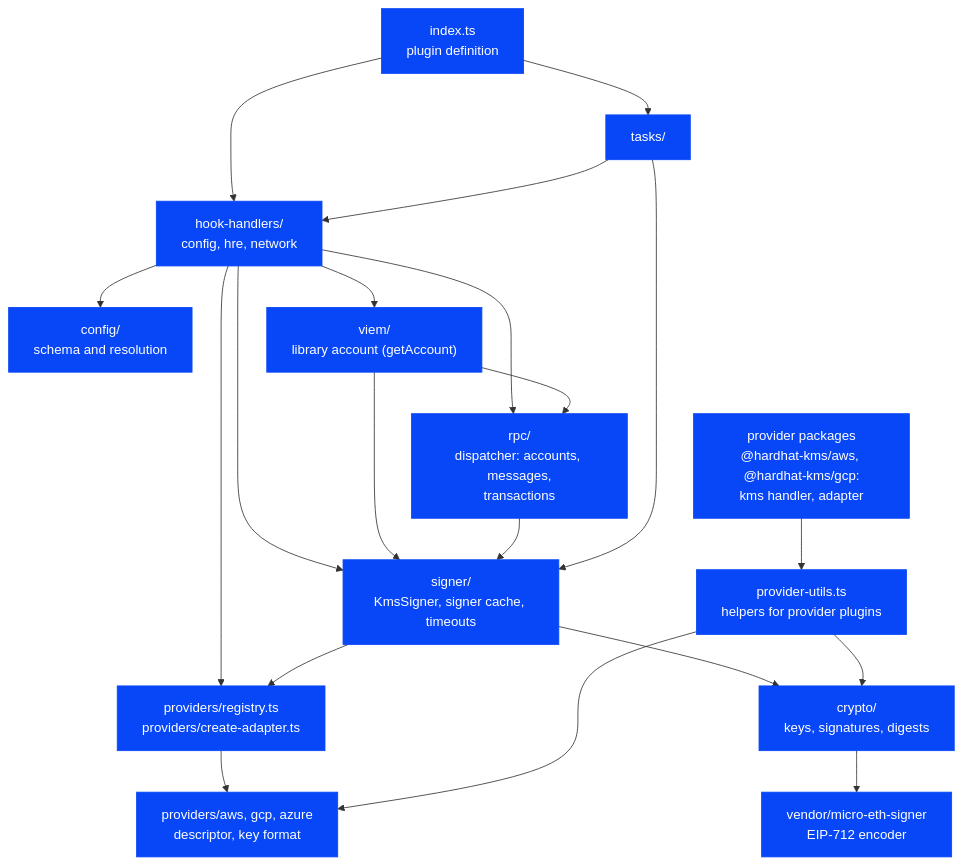
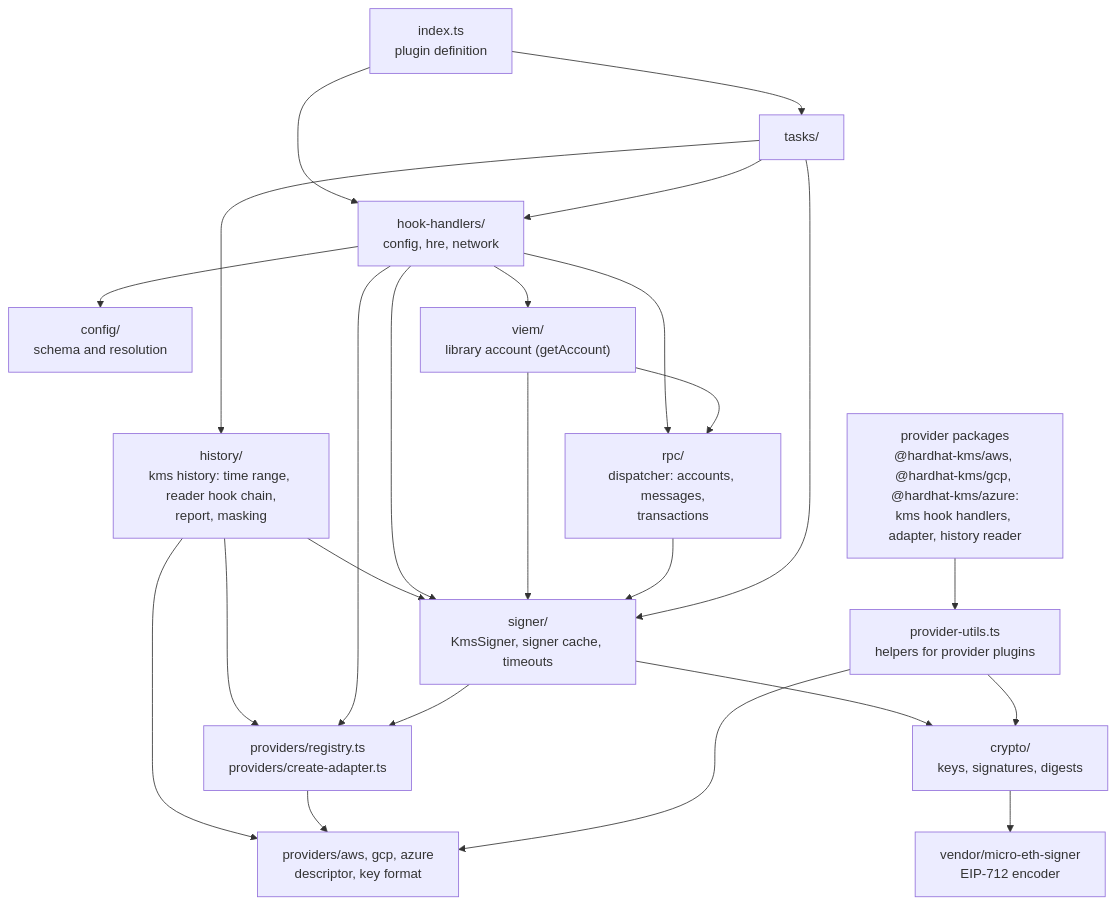
One commit to aelmanaa/hardhat-kms changed the first of 7 diagrams in docs/contributor/architecture.md. Above: the diagram before and after it, drawn with Mermaid. The commit also changed other lines of this file and 19 other files, not shown here.

First line of the commit message:
docs: diagram how the plugin reaches each cloud; parse Mermaid blocks (#269)

````diff
--- a/docs/contributor/architecture.md
+++ b/docs/contributor/architecture.md
@@ -11,24 +11,26 @@
 ```mermaid
 flowchart TD
   index["index.ts<br/>plugin definition"] --> hooks["hook-handlers/<br/>config, hre, network"]
   index --> tasks["tasks/"]
+  tasks --> history["history/<br/>kms history: time range, reader hook chain,<br/>report, masking"]
+  history --> registry
+  history --> descriptors
+  history --> signer
   hooks --> config["config/<br/>schema and resolution"]
   hooks --> registry["providers/registry.ts<br/>providers/create-adapter.ts"]
   hooks --> rpc["rpc/<br/>dispatcher: accounts, messages,<br/>transactions"]
   hooks --> signer
   hooks --> viem["viem/<br/>library account (getAccount)"]
   viem --> rpc
   viem --> signer
   rpc --> signer["signer/<br/>KmsSigner, signer cache, timeouts"]
   signer --> registry
   tasks --> signer
   tasks --> hooks
   registry --> descriptors["providers/aws, gcp, azure<br/>descriptor, key format"]
   signer --> crypto["crypto/<br/>keys, signatures, digests"]
-  packages["provider packages<br/>@hardhat-kms/aws, @hardhat-kms/gcp:<br/>kms handler, adapter"] --> utils["provider-utils.ts<br/>helpers for provider plugins"]
+  packages["provider packages<br/>@hardhat-kms/aws, @hardhat-kms/gcp, @hardhat-kms/azure:<br/>kms hook handlers, adapter, history reader"] --> utils["provider-utils.ts<br/>helpers for provider plugins"]
   utils --> crypto
   utils --> descriptors
   crypto --> vendor["vendor/micro-eth-signer<br/>EIP-712 encoder"]
-  classDef done fill:#0847F7,color:#fff,stroke:#0847F7
-  class index,hooks,rpc,crypto,signer,vendor,config,registry,descriptors,packages,utils,tasks,viem done
 ```
````
